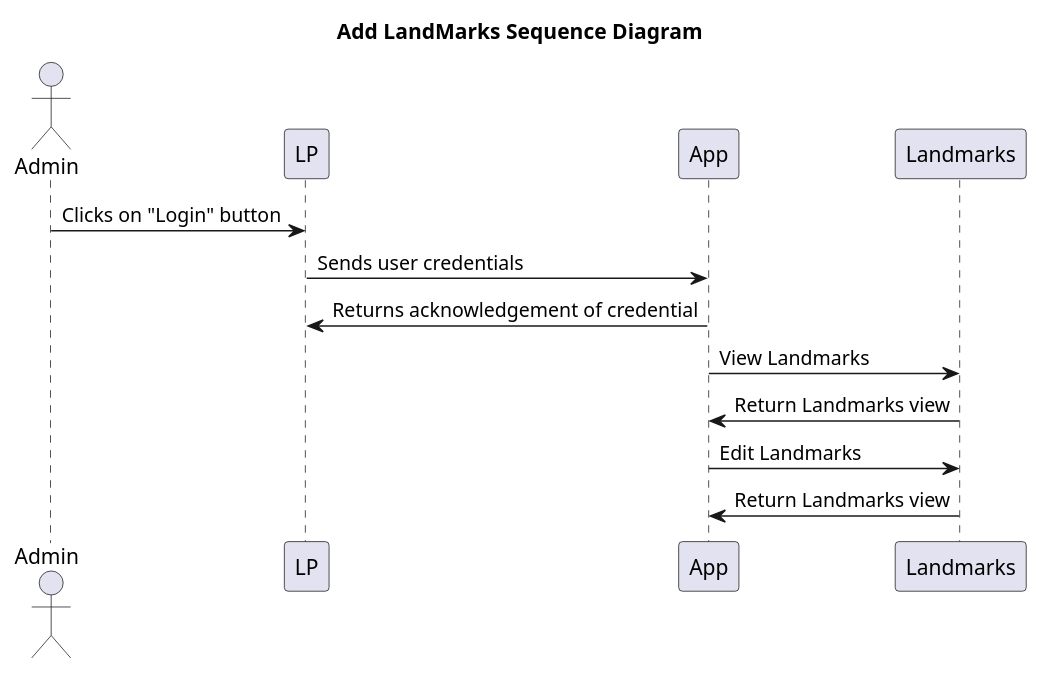
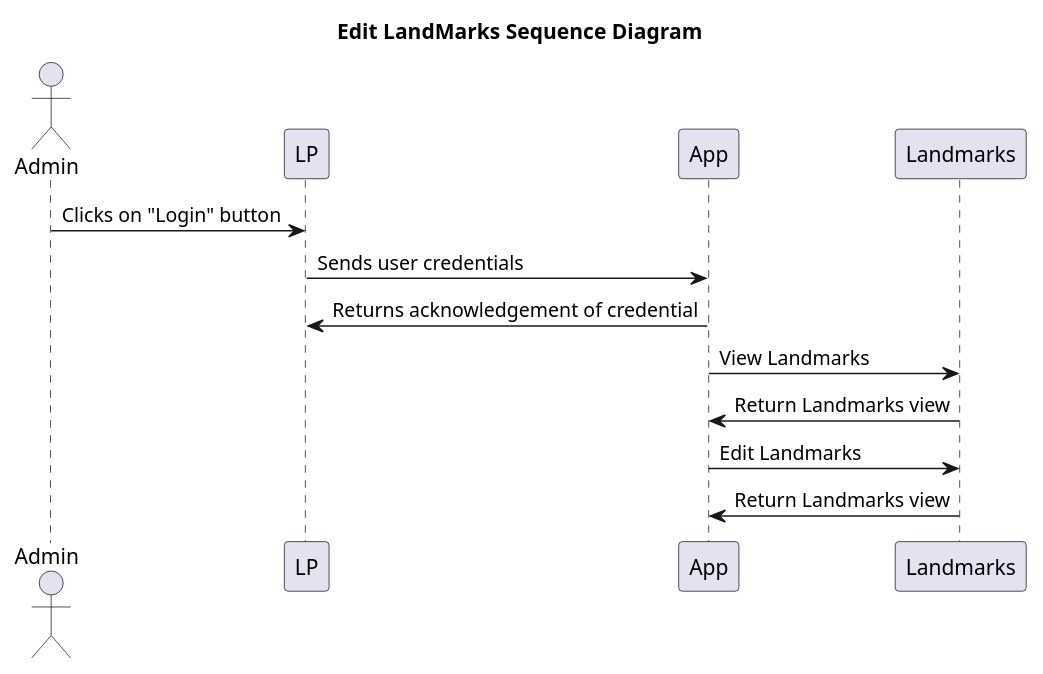
The diagram in user stories/Admin/Landmarks/Edit_landmarks.puml (Krishnaa-tech/BuzzMaps), drawn with PlantUML before and after one commit.

```diff
--- a/user stories/Admin/Landmarks/Edit_landmarks.puml
+++ b/user stories/Admin/Landmarks/Edit_landmarks.puml
@@ -1,15 +1,15 @@
 @startuml Landmarks
 
-title Add LandMarks Sequence Diagram 
+title Edit LandMarks Sequence Diagram 
 actor Admin
 Admin -> LP: Clicks on "Login" button
 LP -> App: Sends user credentials
 App -> LP: Returns acknowledgement of credential
 participant "Landmarks" as Landmarks
 
 App -> Landmarks: View Landmarks
 Landmarks -> App: Return Landmarks view
 
 App -> Landmarks: Edit Landmarks
 Landmarks -> App: Return Landmarks view
 @enduml
```
